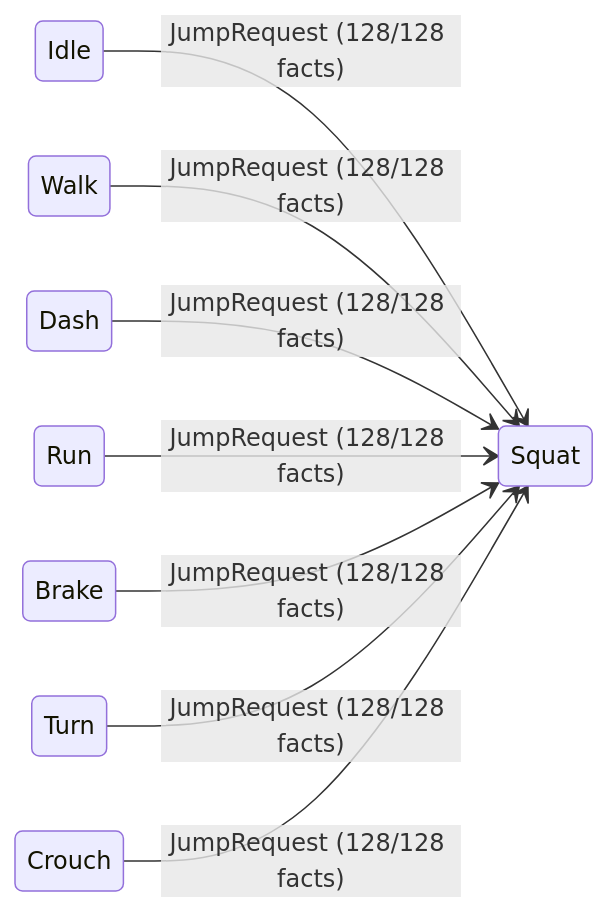
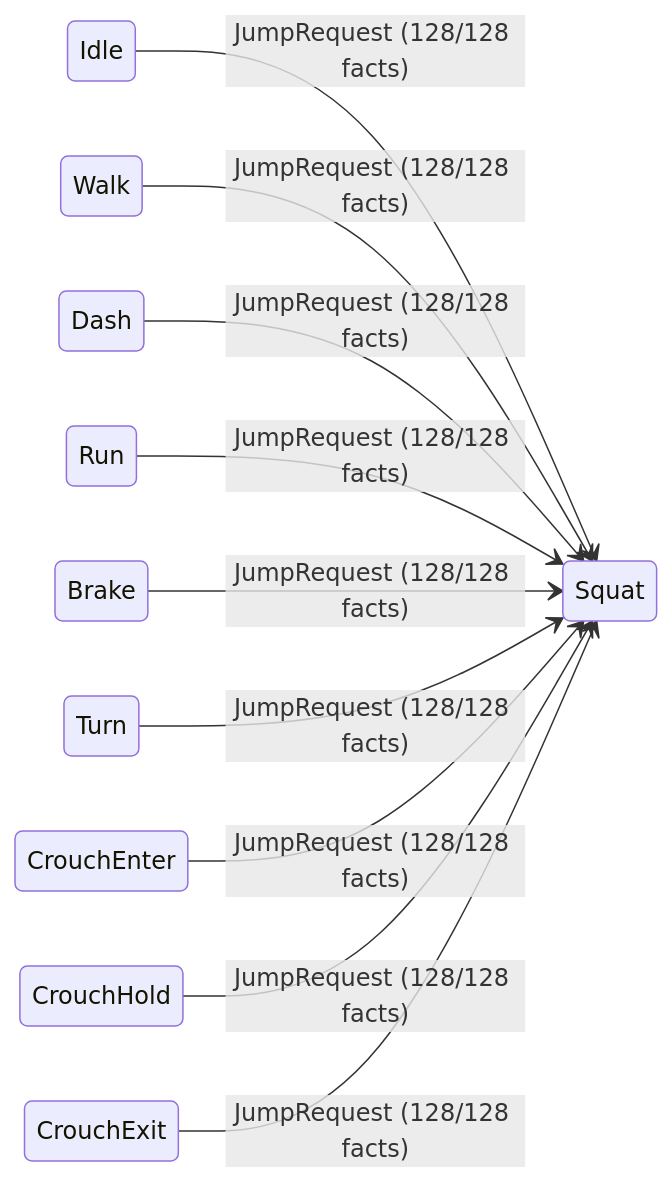
The first of 3 diagrams in games/crates/fighter/5_ground_chart.md (hafley66/hafley-rs), drawn with Mermaid before and after one commit. The commit also changed other lines of this file and 15 other files, not shown here.

````diff
--- a/games/crates/fighter/5_ground_chart.md
+++ b/games/crates/fighter/5_ground_chart.md
@@ -14,11 +14,13 @@
 ```mermaid
 stateDiagram-v2
 direction LR
     Idle --> Squat: JumpRequest (128/128 facts)
     Walk --> Squat: JumpRequest (128/128 facts)
     Dash --> Squat: JumpRequest (128/128 facts)
     Run --> Squat: JumpRequest (128/128 facts)
     Brake --> Squat: JumpRequest (128/128 facts)
     Turn --> Squat: JumpRequest (128/128 facts)
-    Crouch --> Squat: JumpRequest (128/128 facts)
+    CrouchEnter --> Squat: JumpRequest (128/128 facts)
+    CrouchHold --> Squat: JumpRequest (128/128 facts)
+    CrouchExit --> Squat: JumpRequest (128/128 facts)
 ```
````
